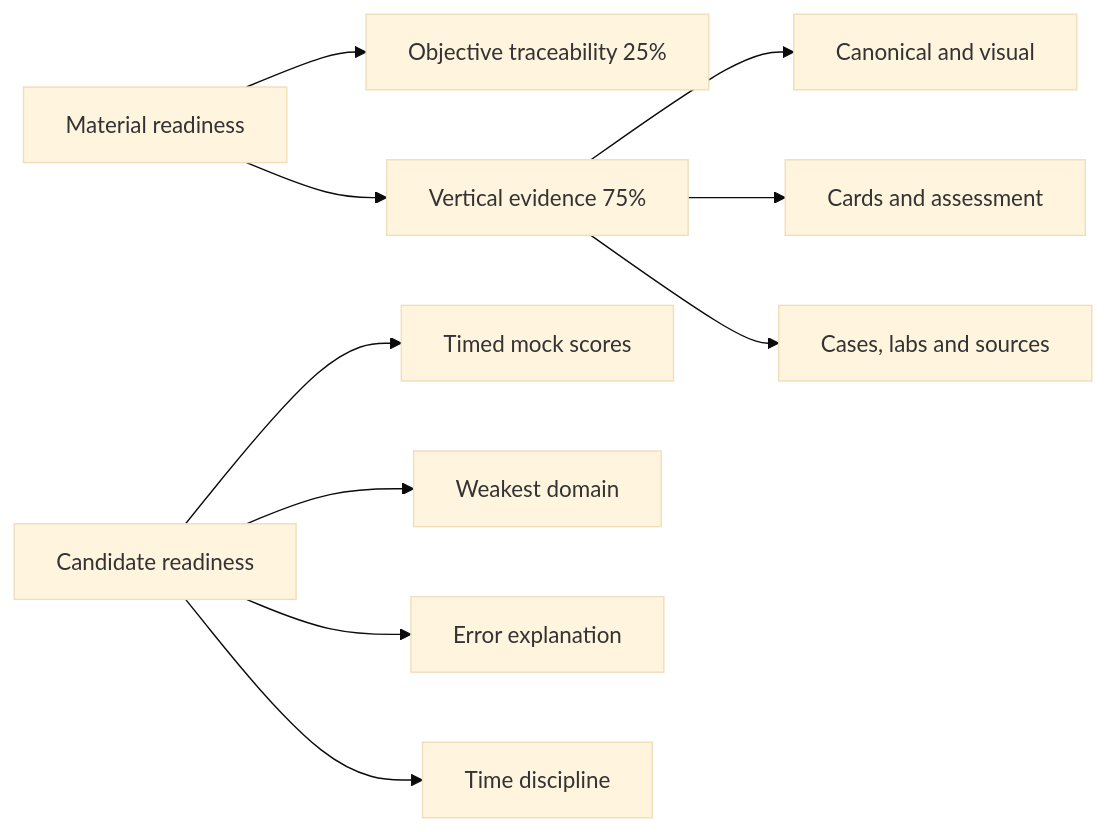
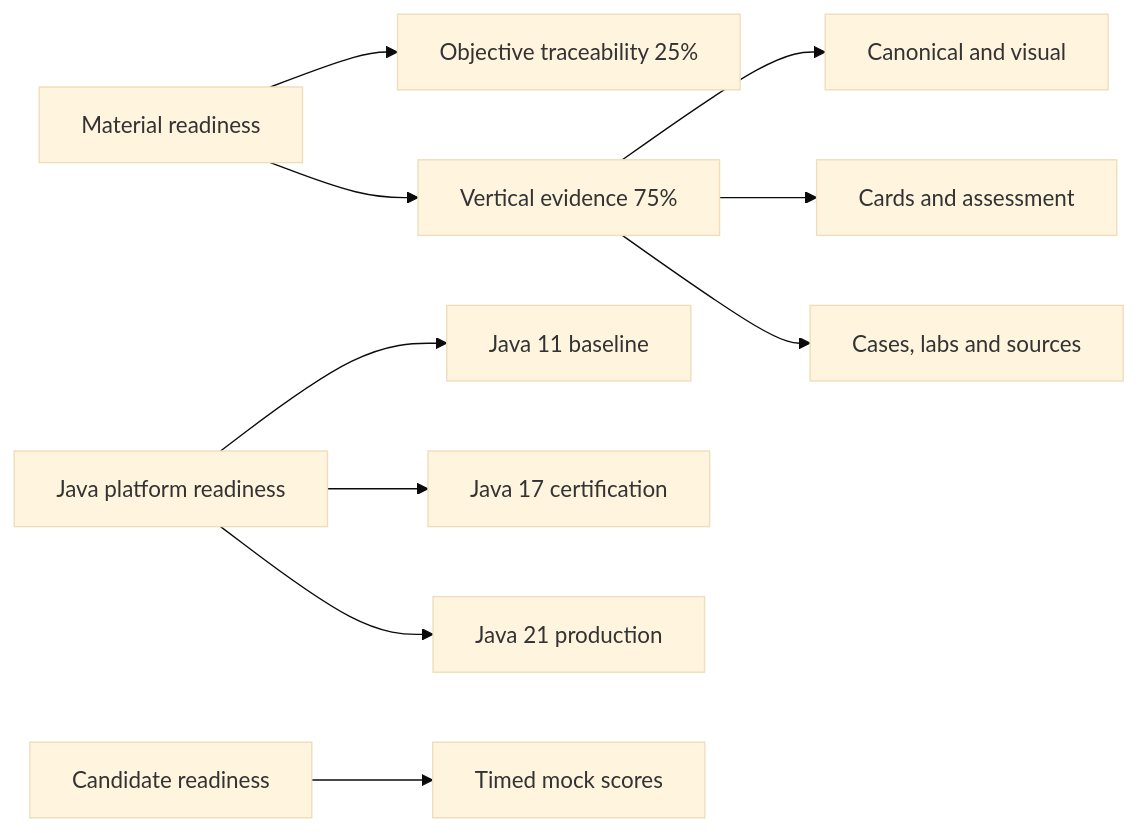
One commit to alimbetov/obsidian changed the first of 2 diagrams in 00_HOME/Certification 99 Percent Readiness Dashboard.md. Above: the diagram before and after it, drawn with Mermaid (base theme). The commit also changed other lines of this file, not shown here.

Commit message:
docs: add Java 11 17 21 platform readiness to dashboard

````diff
--- a/00_HOME/Certification 99 Percent Readiness Dashboard.md
+++ b/00_HOME/Certification 99 Percent Readiness Dashboard.md
@@ -34,12 +37,12 @@
 ```mermaid
 flowchart LR
     MATERIAL["Material readiness"] --> OBJ["Objective traceability 25%"]
     MATERIAL --> VERTICAL["Vertical evidence 75%"]
     VERTICAL --> THEORY["Canonical and visual"]
     VERTICAL --> CARDS["Cards and assessment"]
     VERTICAL --> TRANSFER["Cases, labs and sources"]
+    JAVA["Java platform readiness"] --> J11["Java 11 baseline"]
+    JAVA --> J17["Java 17 certification"]
+    JAVA --> J21["Java 21 production"]
     CANDIDATE["Candidate readiness"] --> MOCK["Timed mock scores"]
-    CANDIDATE --> WEAK["Weakest domain"]
-    CANDIDATE --> EXPLAIN["Error explanation"]
-    CANDIDATE --> TIME["Time discipline"]
 ```
````
